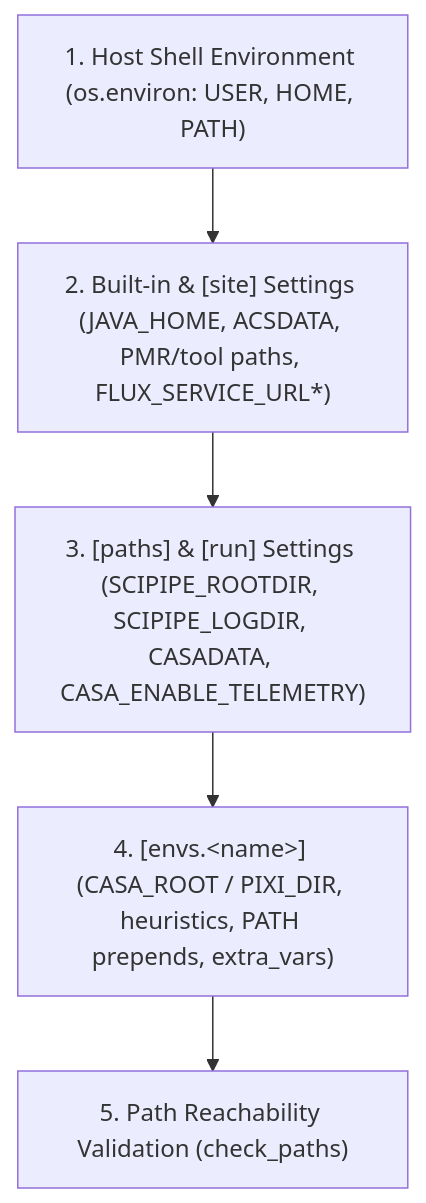
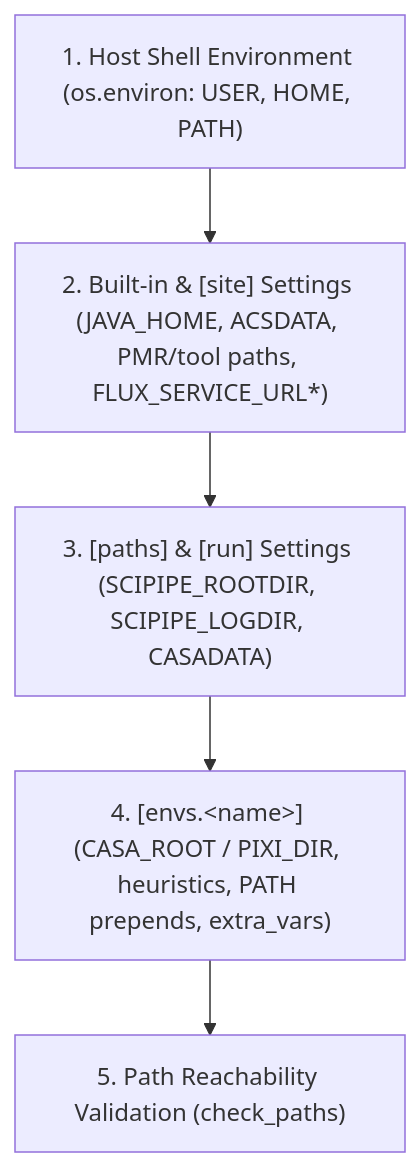
The third of 5 diagrams in docs/guide.md (ra-pipeline/calibpipe), drawn with Mermaid before and after one commit. The commit also changed other lines of this file and 10 other files, not shown here.

First line of the commit message:
refactor: remove casa_enable_telemetry option

````diff
--- a/docs/guide.md
+++ b/docs/guide.md
@@ -642,7 +639,7 @@
 ```mermaid
 flowchart TD
     A["1. Host Shell Environment (os.environ: USER, HOME, PATH)"] --> B["2. Built-in &amp; [site] Settings (JAVA_HOME, ACSDATA, PMR/tool paths, FLUX_SERVICE_URL*)"]
-    B --> C["3. [paths] &amp; [run] Settings (SCIPIPE_ROOTDIR, SCIPIPE_LOGDIR, CASADATA, CASA_ENABLE_TELEMETRY)"]
+    B --> C["3. [paths] &amp; [run] Settings (SCIPIPE_ROOTDIR, SCIPIPE_LOGDIR, CASADATA)"]
     C --> D["4. [envs.&lt;name&gt;] (CASA_ROOT / PIXI_DIR, heuristics, PATH prepends, extra_vars)"]
     D --> E["5. Path Reachability Validation (check_paths)"]
 ```
````
